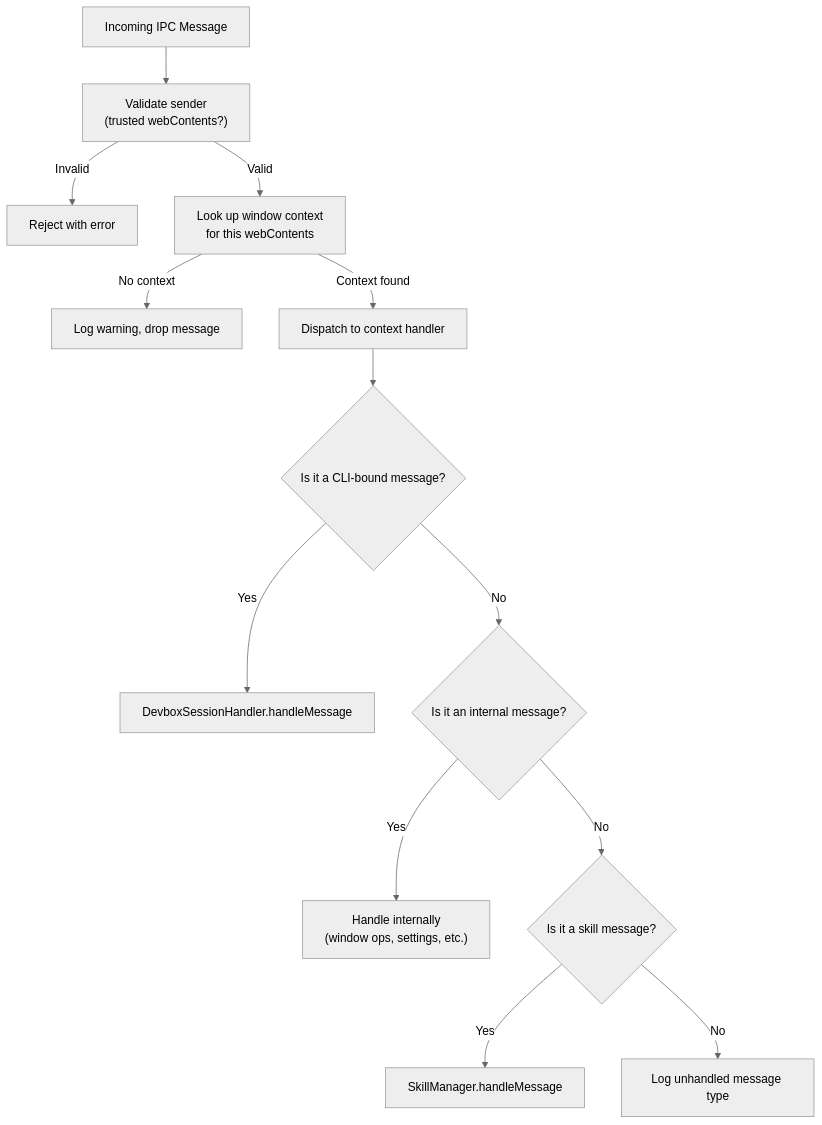
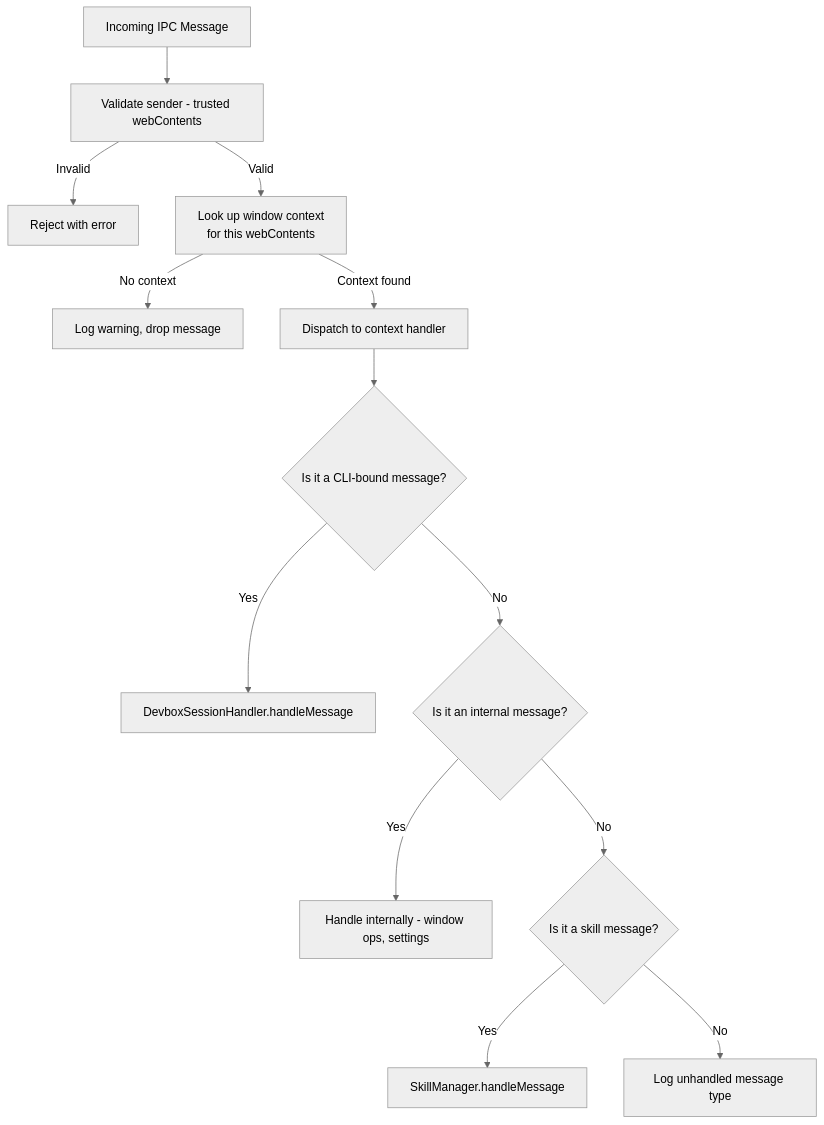
One commit to ChrisFeldmeier/codex-research changed the second of 2 diagrams in 05-ipc-protocol.md. Above: the diagram before and after it, drawn with Mermaid (neutral theme). The commit also changed 10 other files, not shown here.

Commit message:
Refactor mermaid diagrams for improved clarity and consistency in label descriptions across various documentation files

````diff
--- a/05-ipc-protocol.md
+++ b/05-ipc-protocol.md
@@ -89,17 +89,17 @@
 ```mermaid
 flowchart TD
     MSG["Incoming IPC Message"]
-    MSG --> VALIDATE["Validate sender<br/>(trusted webContents?)"]
+    MSG --> VALIDATE["Validate sender - trusted webContents"]
     VALIDATE -->|"Invalid"| REJECT["Reject with error"]
     VALIDATE -->|"Valid"| LOOKUP["Look up window context<br/>for this webContents"]
     LOOKUP -->|"No context"| DROP["Log warning, drop message"]
     LOOKUP -->|"Context found"| DISPATCH["Dispatch to context handler"]
 
     DISPATCH --> DSH_CHECK{"Is it a CLI-bound message?"}
     DSH_CHECK -->|"Yes"| DSH["DevboxSessionHandler.handleMessage"]
     DSH_CHECK -->|"No"| INTERNAL{"Is it an internal message?"}
-    INTERNAL -->|"Yes"| INT_HANDLE["Handle internally<br/>(window ops, settings, etc.)"]
+    INTERNAL -->|"Yes"| INT_HANDLE["Handle internally - window ops, settings"]
     INTERNAL -->|"No"| SKILL_CHECK{"Is it a skill message?"}
     SKILL_CHECK -->|"Yes"| SK["SkillManager.handleMessage"]
     SKILL_CHECK -->|"No"| UNKNOWN["Log unhandled message type"]
 ```
````
